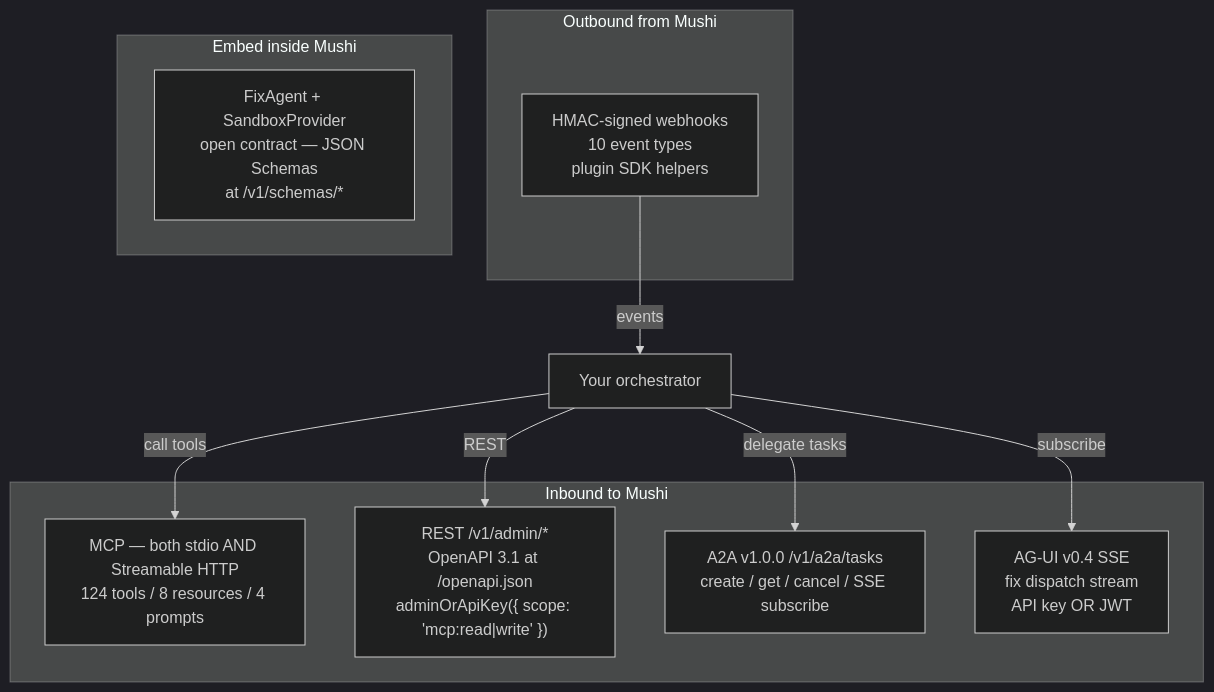
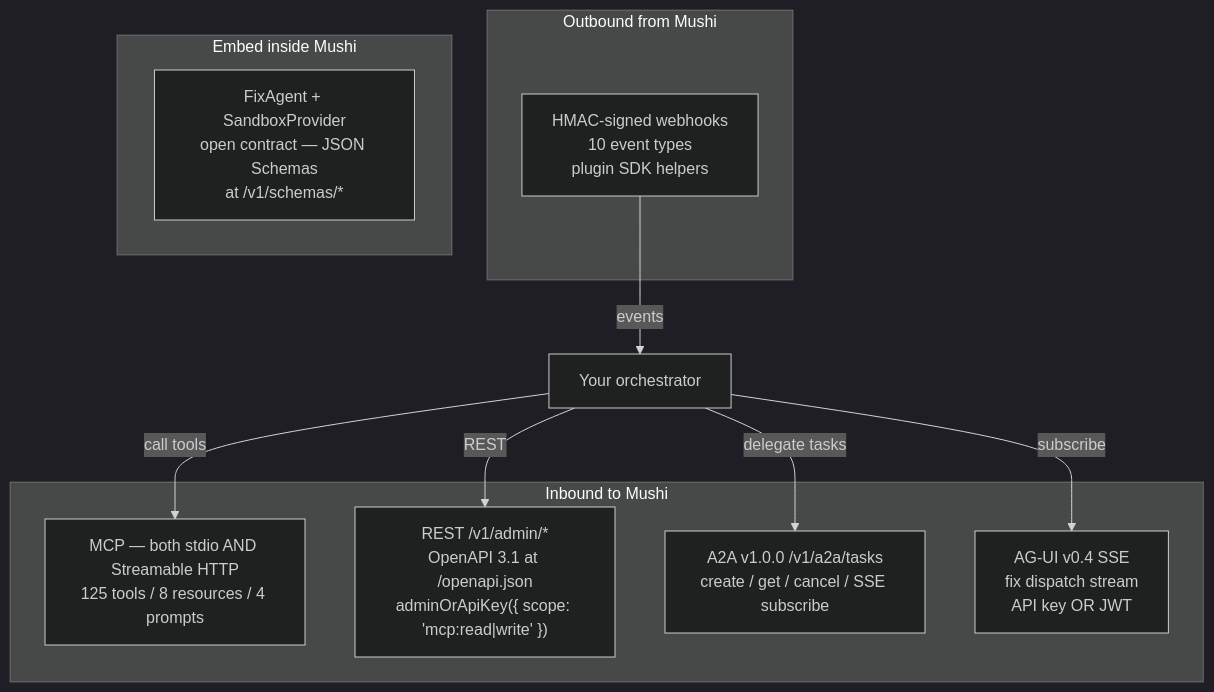
Before and after one commit to kensaurus/mushi-mushi: the diagram in apps/docs/content/concepts/orchestrator-interop.mdx, drawn with Mermaid (dark theme). The commit also changed other lines of this file and 19 other files, not shown here.

First line of the commit message:
feat(mcp): get_ci_bill returns the real Actions bill on both transports

````diff
--- a/apps/docs/content/concepts/orchestrator-interop.mdx
+++ b/apps/docs/content/concepts/orchestrator-interop.mdx
@@ -32,20 +32,20 @@
 ```mermaid
 flowchart TB
   subgraph Inbound["Inbound to Mushi"]
-    MCP["MCP — both stdio AND Streamable HTTP<br/>124 tools / 8 resources / 4 prompts"]
+    MCP["MCP — both stdio AND Streamable HTTP<br/>125 tools / 8 resources / 4 prompts"]
     REST["REST /v1/admin/*<br/>OpenAPI 3.1 at /openapi.json<br/>adminOrApiKey({ scope: 'mcp:read|write' })"]
     A2A["A2A v1.0.0 /v1/a2a/tasks<br/>create / get / cancel / SSE subscribe"]
     AGUI["AG-UI v0.4 SSE<br/>fix dispatch stream<br/>API key OR JWT"]
   end
   subgraph Outbound["Outbound from Mushi"]
     Hooks["HMAC-signed webhooks<br/>10 event types<br/>plugin SDK helpers"]
   end
   subgraph Native["Embed inside Mushi"]
     FA["FixAgent + SandboxProvider<br/>open contract — JSON Schemas<br/>at /v1/schemas/*"]
   end
   Orch["Your orchestrator"] -->|"call tools"| MCP
   Orch -->|"REST"| REST
   Orch -->|"delegate tasks"| A2A
   Orch -->|"subscribe"| AGUI
   Hooks -->|"events"| Orch
 ```
````
